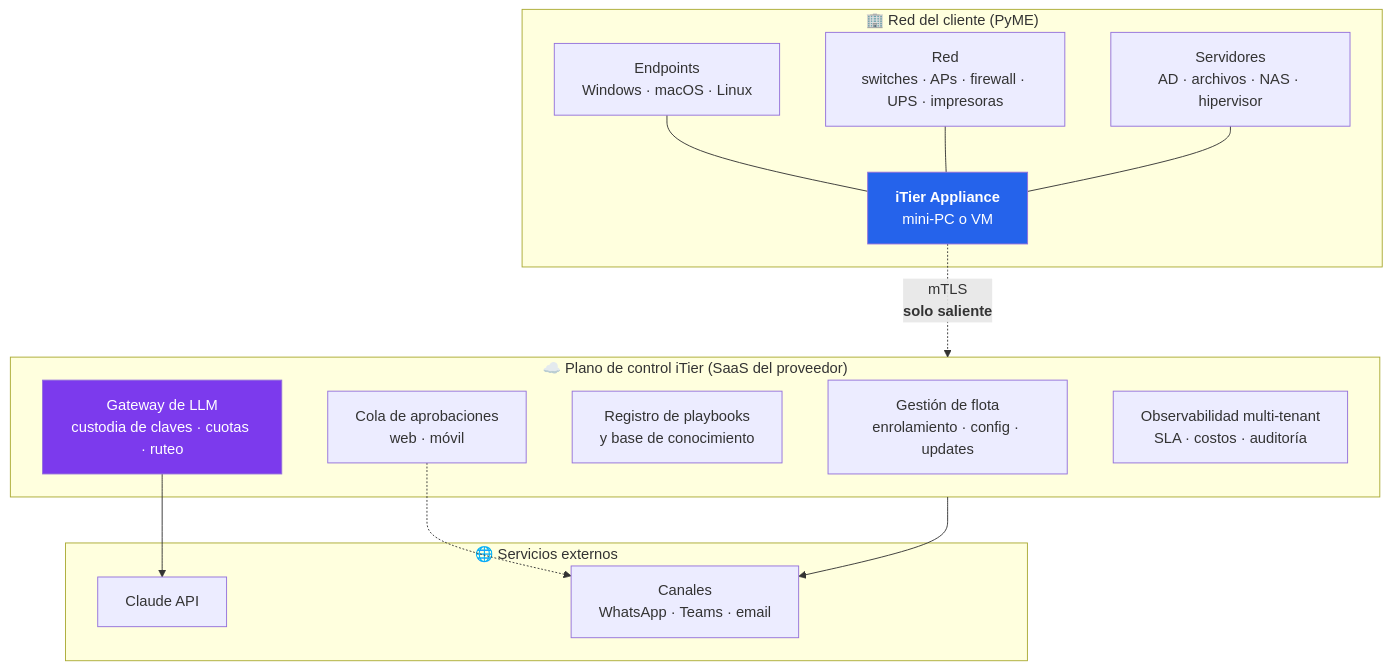
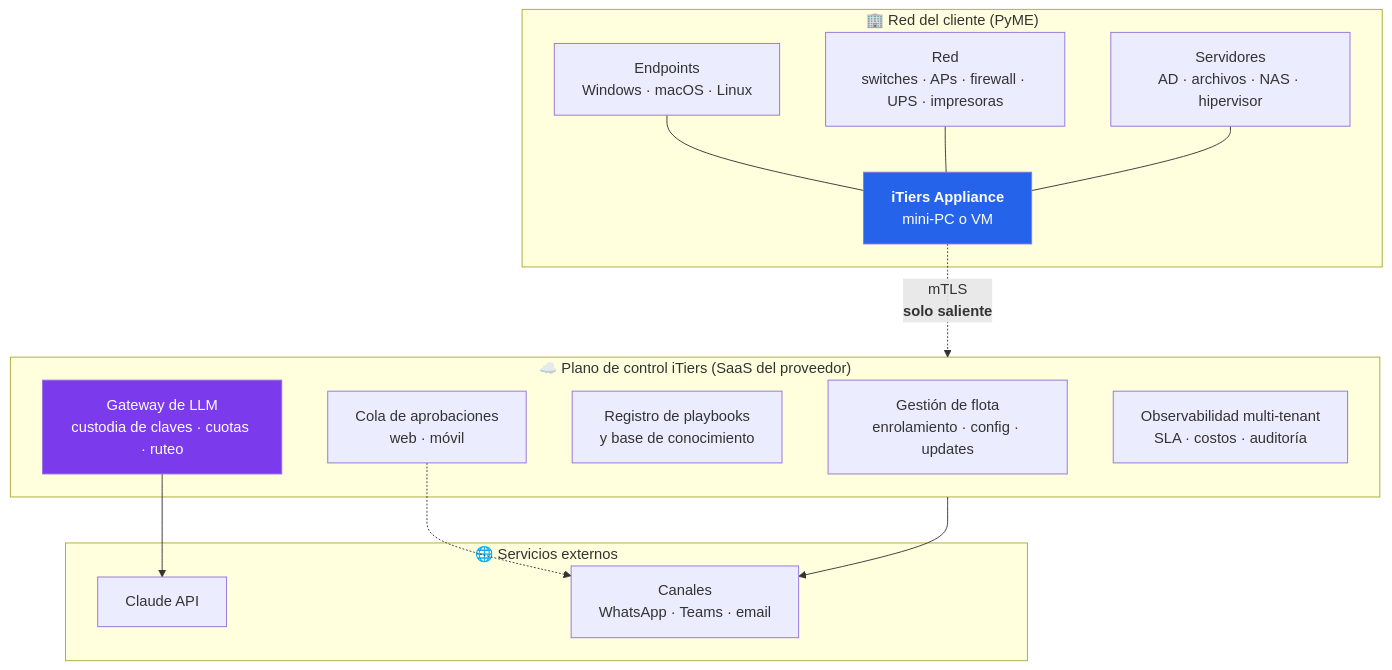
Before and after one commit to pel-matiasvaldivia/itier: the first of 4 diagrams in docs/02-arquitectura.md, drawn with Mermaid. The commit also changed other lines of this file and 122 other files, not shown here.

First line of the commit message:
Marca: iTier pasa a iTiers (textos visibles, logos, guía, manual, landing, docs); se conservan los nombres técnicos ya desplegados (grupos iTier/<cliente> en Zabbix, rutas de Windows, variables ITIER_*)

````diff
--- a/docs/02-arquitectura.md
+++ b/docs/02-arquitectura.md
@@ -20,33 +20,33 @@
 ```mermaid
 graph TB
     subgraph CLIENTE["🏢 Red del cliente (PyME)"]
         EP["Endpoints<br/>Windows · macOS · Linux"]
         NET["Red<br/>switches · APs · firewall · UPS · impresoras"]
         SRV["Servidores<br/>AD · archivos · NAS · hipervisor"]
-        APP["<b>iTier Appliance</b><br/>mini-PC o VM"]
+        APP["<b>iTiers Appliance</b><br/>mini-PC o VM"]
         EP --- APP
         NET --- APP
         SRV --- APP
     end
 
-    subgraph CTRL["☁️ Plano de control iTier (SaaS del proveedor)"]
+    subgraph CTRL["☁️ Plano de control iTiers (SaaS del proveedor)"]
         FLEET["Gestión de flota<br/>enrolamiento · config · updates"]
         APRO["Cola de aprobaciones<br/>web · móvil"]
         KB["Registro de playbooks<br/>y base de conocimiento"]
         GW["Gateway de LLM<br/>custodia de claves · cuotas · ruteo"]
         OBS["Observabilidad multi-tenant<br/>SLA · costos · auditoría"]
     end
 
     subgraph EXT["🌐 Servicios externos"]
         CLAUDE["Claude API"]
         NOTIF["Canales<br/>WhatsApp · Teams · email"]
     end
 
     APP -.->|"mTLS<br/><b>solo saliente</b>"| CTRL
     GW --> CLAUDE
     CTRL --> NOTIF
     APRO -.-> NOTIF
 
     style APP fill:#2563eb,color:#fff
     style GW fill:#7c3aed,color:#fff
 ```
````
